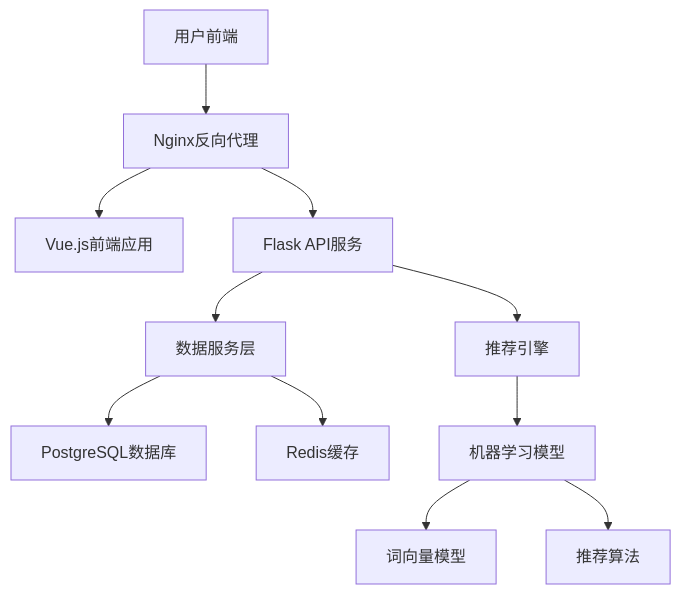
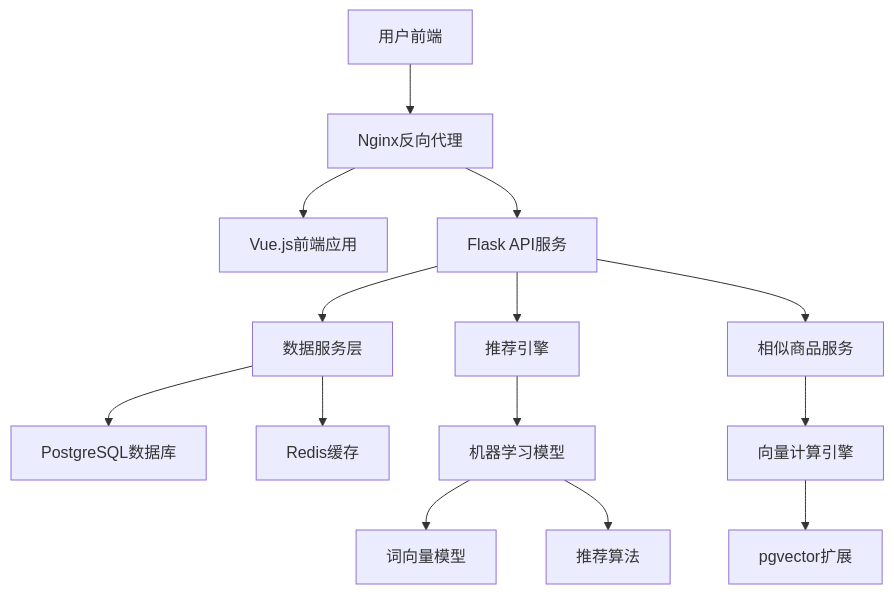
One commit to dee154147/recommand changed the diagram in docs/第一阶段/系统架构设计文档.md. Above: the diagram before and after it, drawn with Mermaid. The commit also changed other lines of this file and 39 other files, not shown here.

````diff
--- a/docs/第一阶段/系统架构设计文档.md
+++ b/docs/第一阶段/系统架构设计文档.md
@@ -25,13 +26,16 @@
 ```mermaid
 graph TB
     A[用户前端] --> B[Nginx反向代理]
     B --> C[Vue.js前端应用]
     B --> D[Flask API服务]
     D --> E[推荐引擎]
-    D --> F[数据服务层]
-    F --> G[PostgreSQL数据库]
-    F --> H[Redis缓存]
-    E --> I[机器学习模型]
-    I --> J[词向量模型]
-    I --> K[推荐算法]
+    D --> F[相似商品服务]
+    D --> G[数据服务层]
+    G --> H[PostgreSQL数据库]
+    G --> I[Redis缓存]
+    E --> J[机器学习模型]
+    F --> K[向量计算引擎]
+    J --> L[词向量模型]
+    J --> M[推荐算法]
+    K --> N[pgvector扩展]
 ```
````
